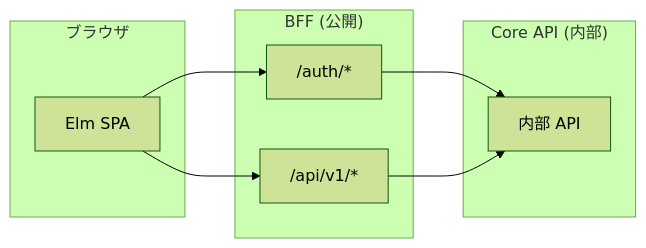
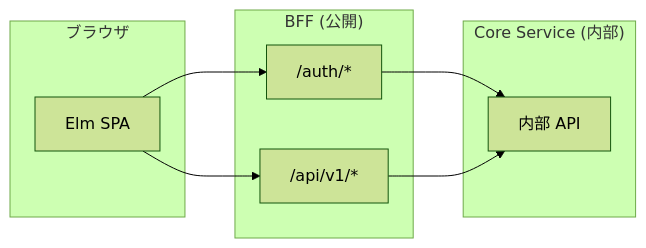
The first of 3 diagrams in docs/03_詳細設計書/03_API設計.md (ka2kama/ringiflow), drawn with Mermaid (forest theme) before and after one commit. The commit also changed other lines of this file and 55 other files, not shown here.

````diff
--- a/docs/03_詳細設計書/03_API設計.md
+++ b/docs/03_詳細設計書/03_API設計.md
@@ -16,20 +16,20 @@
 ```mermaid
 graph LR
     subgraph Browser["ブラウザ"]
         SPA["Elm SPA"]
     end
 
     subgraph BFF["BFF (公開)"]
         Auth["/auth/*"]
         API["/api/v1/*"]
     end
 
-    subgraph Core["Core API (内部)"]
+    subgraph Core["Core Service (内部)"]
         Internal["内部 API"]
     end
 
     SPA --> Auth
     SPA --> API
     Auth --> Internal
     API --> Internal
 ```
````
